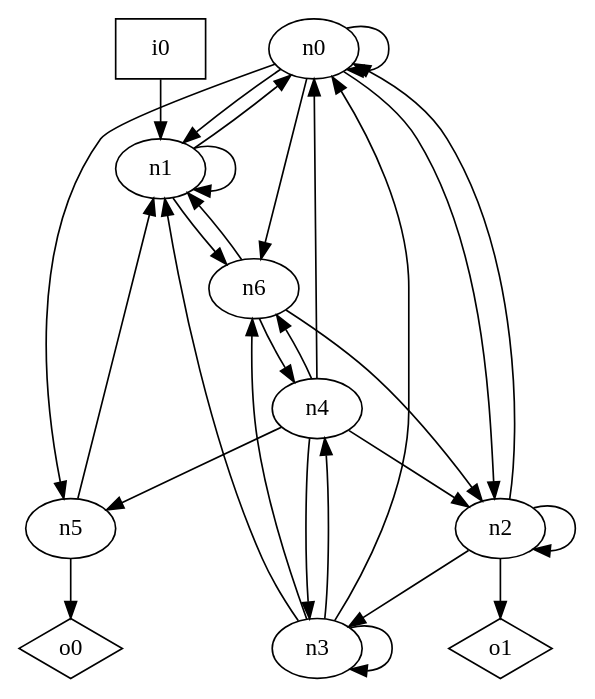
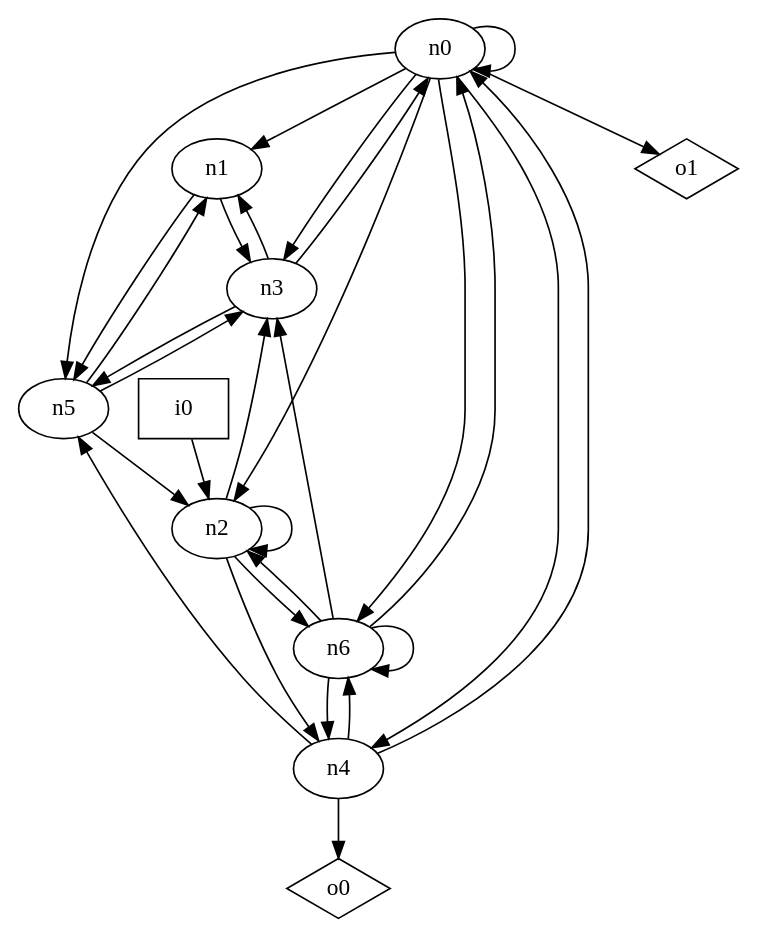
Before and after one commit to p9romain/bool-circuits: the diagram in dot_files/bool_circ/random.dot, drawn with Graphviz. The commit also changed 149 other files, not shown here.

```diff
--- a/dot_files/bool_circ/random.dot
+++ b/dot_files/bool_circ/random.dot
@@ -1,40 +1,42 @@
 digraph G {
 n0 [label="n0"];
 n1 [label="n1"];
 n2 [label="n2"];
 n3 [label="n3"];
 n4 [label="n4"];
 n5 [label="n5"];
 n6 [label="n6"];
 n7 [label="i0",shape="box"];
 n8 [label="o0",shape="diamond"];
 n9 [label="o1",shape="diamond"];
 n0 -> n0
 n0 -> n1
 n0 -> n2
+n0 -> n3
+n0 -> n4
 n0 -> n5
 n0 -> n6
-n1 -> n0
-n1 -> n1
-n1 -> n6
-n2 -> n0
+n0 -> n9
+n1 -> n3
+n1 -> n5
 n2 -> n2
 n2 -> n3
-n2 -> n9
+n2 -> n4
+n2 -> n6
 n3 -> n0
 n3 -> n1
-n3 -> n3
-n3 -> n4
-n3 -> n6
+n3 -> n5
 n4 -> n0
-n4 -> n2
-n4 -> n3
 n4 -> n5
 n4 -> n6
+n4 -> n8
 n5 -> n1
-n5 -> n8
-n6 -> n1
+n5 -> n2
+n5 -> n3
+n6 -> n0
 n6 -> n2
+n6 -> n3
 n6 -> n4
-n7 -> n1
+n6 -> n6
+n7 -> n2
 }
```
